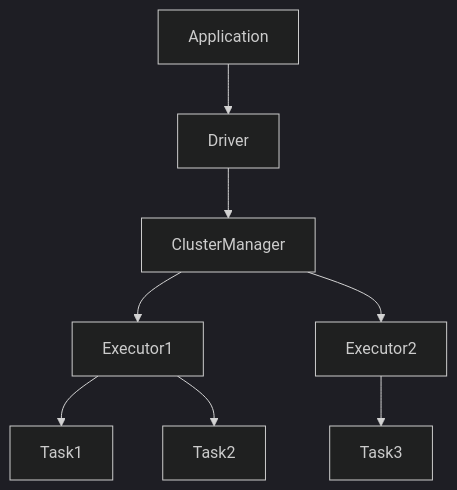
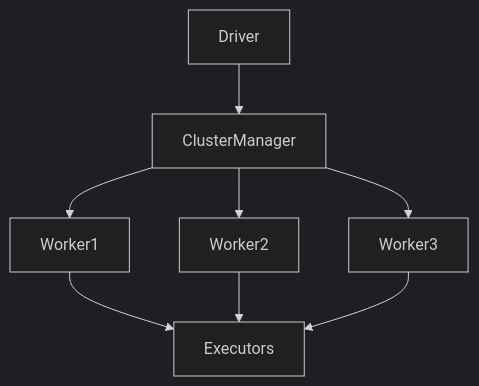
Before and after one commit to KETAKISANTOSHNIKURE/DATA_ENGINEER_KETAKI: the diagram in spark-data-engineering-handbook/docs/04-spark-architecture.md, drawn with Mermaid (dark theme). The commit also changed other lines of this file, not shown here.

````diff
--- a/spark-data-engineering-handbook/docs/04-spark-architecture.md
+++ b/spark-data-engineering-handbook/docs/04-spark-architecture.md
@@ -201,26 +16,22 @@
 ```mermaid
 flowchart TD
-
-Application
 
 Driver
 
 ClusterManager
 
-Executor1
-Executor2
+Worker1
+Worker2
+Worker3
 
-Task1
-Task2
-Task3
+Executors
 
-Application --> Driver
 Driver --> ClusterManager
+ClusterManager --> Worker1
+ClusterManager --> Worker2
+ClusterManager --> Worker3
 
-ClusterManager --> Executor1
-ClusterManager --> Executor2
-
-Executor1 --> Task1
-Executor1 --> Task2
-Executor2 --> Task3
+Worker1 --> Executors
+Worker2 --> Executors
+Worker3 --> Executors
 ```
````
